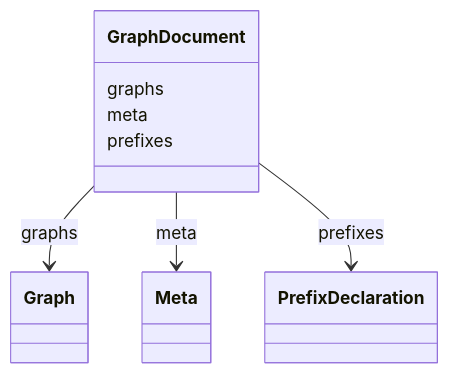
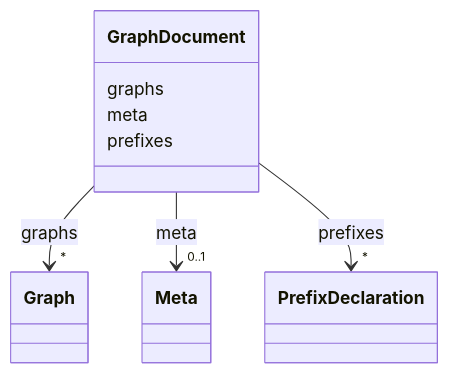
Before and after one commit to INCATools/ontology-access-kit: the diagram in obograph/GraphDocument.md, drawn with Mermaid. The commit also changed other lines of this file and 3329 other files, not shown here.

````diff
--- a/obograph/GraphDocument.md
+++ b/obograph/GraphDocument.md
@@ -17,17 +19,33 @@
 ```{mermaid}
  classDiagram
     class GraphDocument
+    click GraphDocument href "../GraphDocument"
       GraphDocument : graphs
         
-          GraphDocument --> Graph : graphs
+          
+    
+    
+    GraphDocument --> "*" Graph : graphs
+    click Graph href "../Graph"
+
         
       GraphDocument : meta
         
-          GraphDocument --> Meta : meta
+          
+    
+    
+    GraphDocument --> "0..1" Meta : meta
+    click Meta href "../Meta"
+
         
       GraphDocument : prefixes
         
-          GraphDocument --> PrefixDeclaration : prefixes
+          
+    
+    
+    GraphDocument --> "*" PrefixDeclaration : prefixes
+    click PrefixDeclaration href "../PrefixDeclaration"
+
         
       
 ```
````
